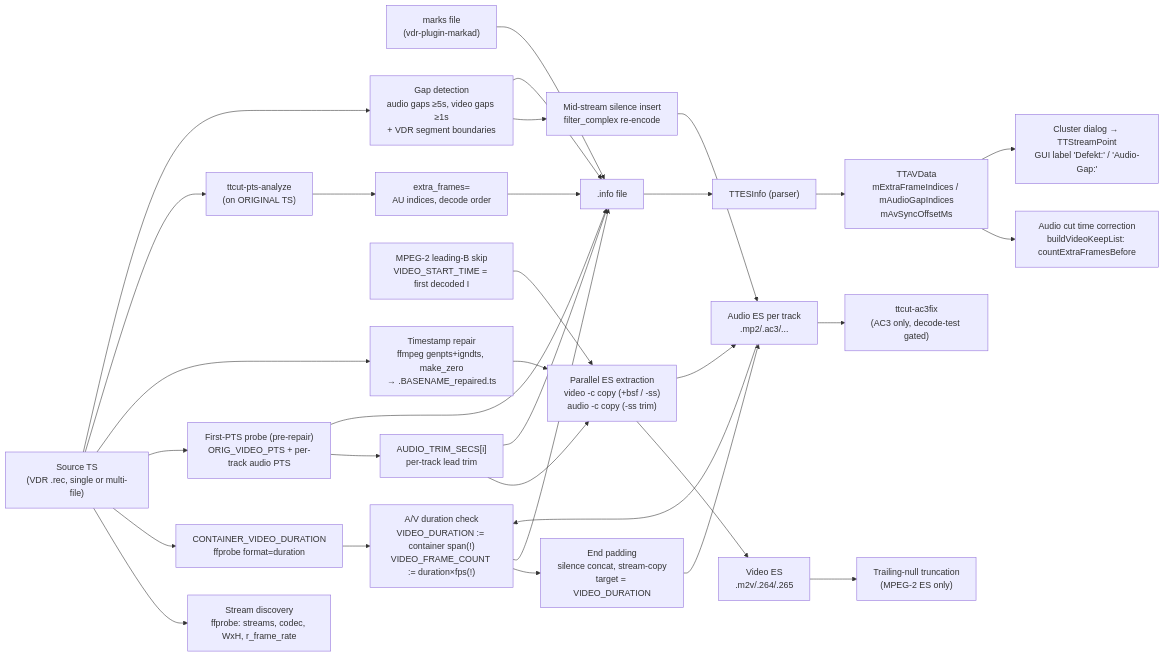
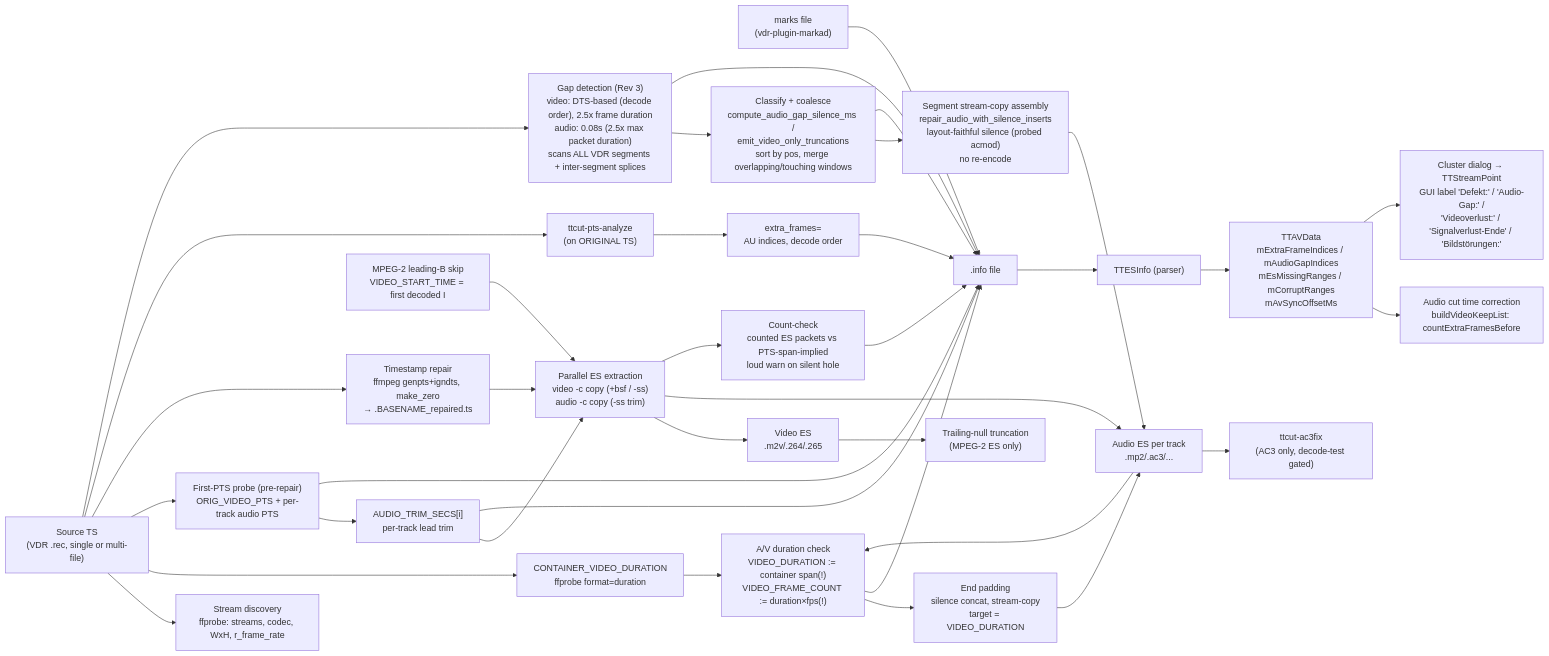
Before and after one commit to MINIXJR/TTCut-ng: the diagram in docs/code-map/ttcut-demux.md, drawn with Mermaid. The commit also changed other lines of this file and 3 other files, not shown here.

````diff
--- a/docs/code-map/ttcut-demux.md
+++ b/docs/code-map/ttcut-demux.md
@@ -29,59 +29,65 @@
 ```mermaid
 flowchart LR
     TS["Source TS<br/>(VDR .rec, single or multi-file)"]
     MARKS["marks file<br/>(vdr-plugin-markad)"]
     PROBE["Stream discovery<br/>ffprobe: streams, codec, WxH, r_frame_rate"]
     CONTDUR["CONTAINER_VIDEO_DURATION<br/>ffprobe format=duration"]
     PTS0["First-PTS probe (pre-repair)<br/>ORIG_VIDEO_PTS + per-track audio PTS"]
     TRIM["AUDIO_TRIM_SECS[i]<br/>per-track lead trim"]
     REPAIR["Timestamp repair<br/>ffmpeg genpts+igndts, make_zero<br/>→ .BASENAME_repaired.ts"]
     EXTRACT["Parallel ES extraction<br/>video -c copy (+bsf / -ss)<br/>audio -c copy (-ss trim)"]
     MPEG2TRIM["MPEG-2 leading-B skip<br/>VIDEO_START_TIME = first decoded I"]
     NULLTRUNC["Trailing-null truncation<br/>(MPEG-2 ES only)"]
     ESV["Video ES<br/>.m2v/.264/.265"]
     ESA["Audio ES per track<br/>.mp2/.ac3/..."]
     PTSA["ttcut-pts-analyze<br/>(on ORIGINAL TS)"]
     EXTRA["extra_frames=<br/>AU indices, decode order"]
     AC3FIX["ttcut-ac3fix<br/>(AC3 only, decode-test gated)"]
-    GAPS["Gap detection<br/>audio gaps ≥5s, video gaps ≥1s<br/>+ VDR segment boundaries"]
-    SILENCE["Mid-stream silence insert<br/>filter_complex re-encode"]
+    GAPS["Gap detection (Rev 3)<br/>video: DTS-based (decode order), 2.5x frame duration<br/>audio: 0.08s (2.5x max packet duration)<br/>scans ALL VDR segments + inter-segment splices"]
+    CLASSIFY["Classify + coalesce<br/>compute_audio_gap_silence_ms /<br/>emit_video_only_truncations<br/>sort by pos, merge overlapping/touching windows"]
+    ASSEMBLY["Segment stream-copy assembly<br/>repair_audio_with_silence_inserts<br/>layout-faithful silence (probed acmod)<br/>no re-encode"]
+    COUNTCHECK["Count-check<br/>counted ES packets vs PTS-span-implied<br/>loud warn on silent hole"]
     DURCHK["A/V duration check<br/>VIDEO_DURATION := container span(!)<br/>VIDEO_FRAME_COUNT := duration×fps(!)"]
     PAD["End padding<br/>silence concat, stream-copy<br/>target = VIDEO_DURATION"]
     INFO[".info file"]
     ESINFO["TTESInfo (parser)"]
-    AVDATA["TTAVData<br/>mExtraFrameIndices / mAudioGapIndices<br/>mAvSyncOffsetMs"]
+    AVDATA["TTAVData<br/>mExtraFrameIndices / mAudioGapIndices<br/>mEsMissingRanges / mCorruptRanges<br/>mAvSyncOffsetMs"]
     AUDIOCORR["Audio cut time correction<br/>buildVideoKeepList: countExtraFramesBefore"]
-    STREAMPTS["Cluster dialog → TTStreamPoint<br/>GUI label 'Defekt:' / 'Audio-Gap:'"]
+    STREAMPTS["Cluster dialog → TTStreamPoint<br/>GUI label 'Defekt:' / 'Audio-Gap:' /<br/>'Videoverlust:' / 'Signalverlust-Ende' / 'Bildstörungen:'"]
 
     TS --> PROBE
     TS --> CONTDUR
     TS --> PTS0
     PTS0 --> TRIM
     TS --> REPAIR
     REPAIR --> EXTRACT
     MPEG2TRIM --> EXTRACT
     TRIM --> EXTRACT
     EXTRACT --> ESV
     EXTRACT --> ESA
     ESV --> NULLTRUNC
+    EXTRACT --> COUNTCHECK
     TS --> PTSA
     PTSA --> EXTRA
     ESA --> AC3FIX
     TS --> GAPS
-    GAPS --> SILENCE
-    SILENCE --> ESA
+    GAPS --> CLASSIFY
+    CLASSIFY --> ASSEMBLY
+    ASSEMBLY --> ESA
     CONTDUR --> DURCHK
     ESA --> DURCHK
     DURCHK --> PAD
     PAD --> ESA
     EXTRA --> INFO
     GAPS --> INFO
+    CLASSIFY --> INFO
+    COUNTCHECK --> INFO
     TRIM --> INFO
     PTS0 --> INFO
     DURCHK --> INFO
     MARKS --> INFO
     INFO --> ESINFO
     ESINFO --> AVDATA
     AVDATA --> AUDIOCORR
     AVDATA --> STREAMPTS
 ```
````
